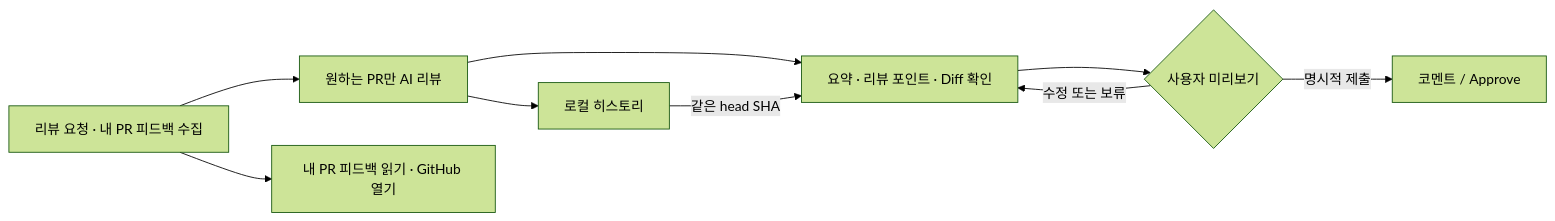
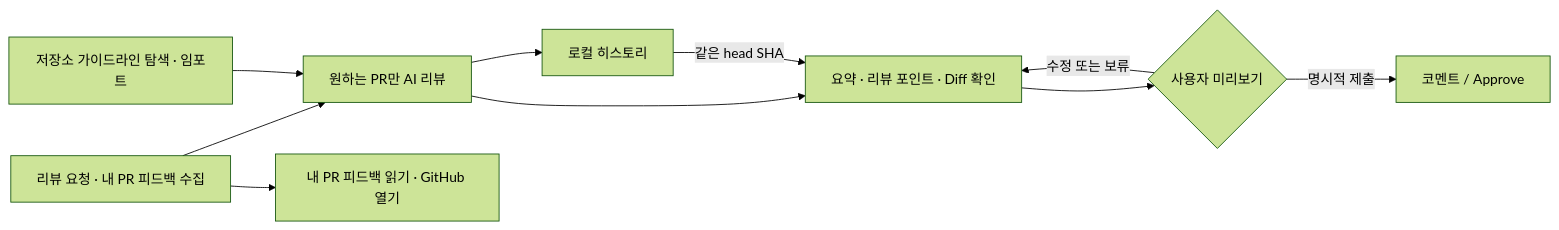
One commit to 90ms/pr-review-reminder changed the diagram in docs/PROJECT_OVERVIEW.md. Above: the diagram before and after it, drawn with Mermaid (forest theme). The commit also changed other lines of this file and 6 other files, not shown here.

````diff
--- a/docs/PROJECT_OVERVIEW.md
+++ b/docs/PROJECT_OVERVIEW.md
@@ -12,11 +12,12 @@
 ```mermaid
 flowchart LR
     A["리뷰 요청 · 내 PR 피드백 수집"] --> B["원하는 PR만 AI 리뷰"]
+    H["저장소 가이드라인 탐색 · 임포트"] --> B
     B --> C["요약 · 리뷰 포인트 · Diff 확인"]
     C --> D{"사용자 미리보기"}
     D -->|"수정 또는 보류"| C
     D -->|"명시적 제출"| E["코멘트 / Approve"]
     B --> F["로컬 히스토리"]
     F -->|"같은 head SHA"| C
     A --> G["내 PR 피드백 읽기 · GitHub 열기"]
 ```
````
